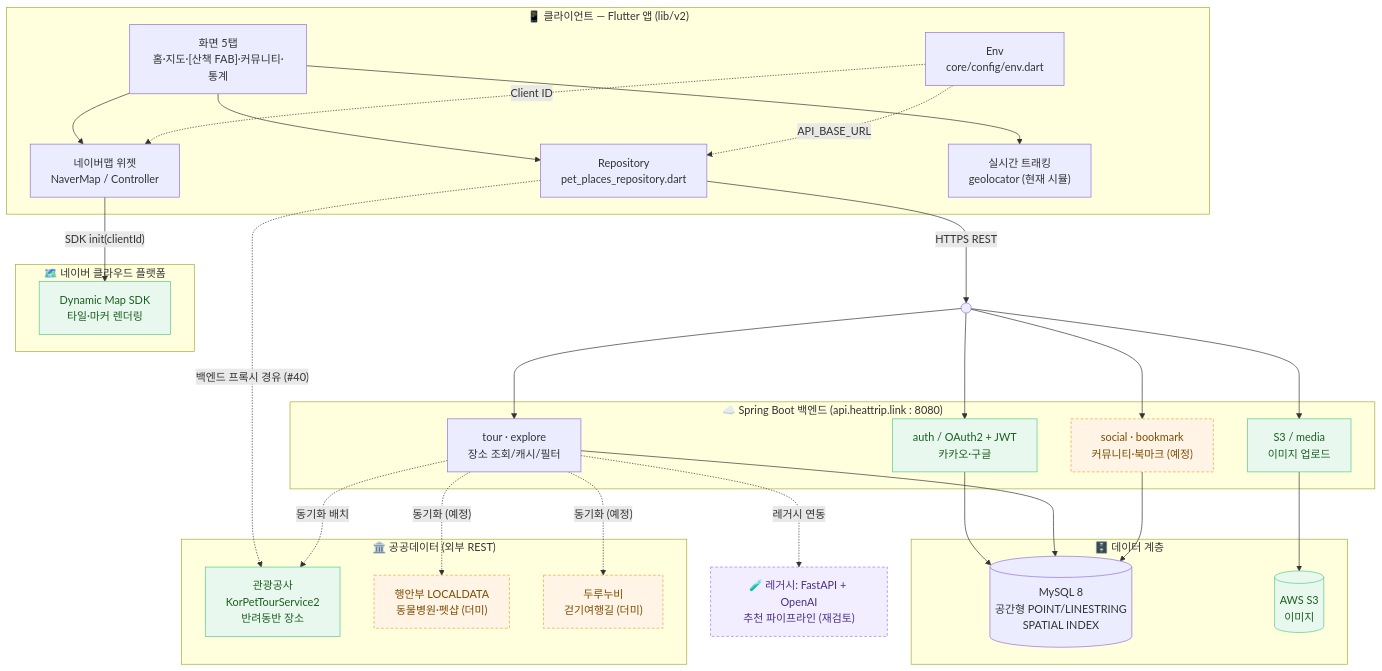
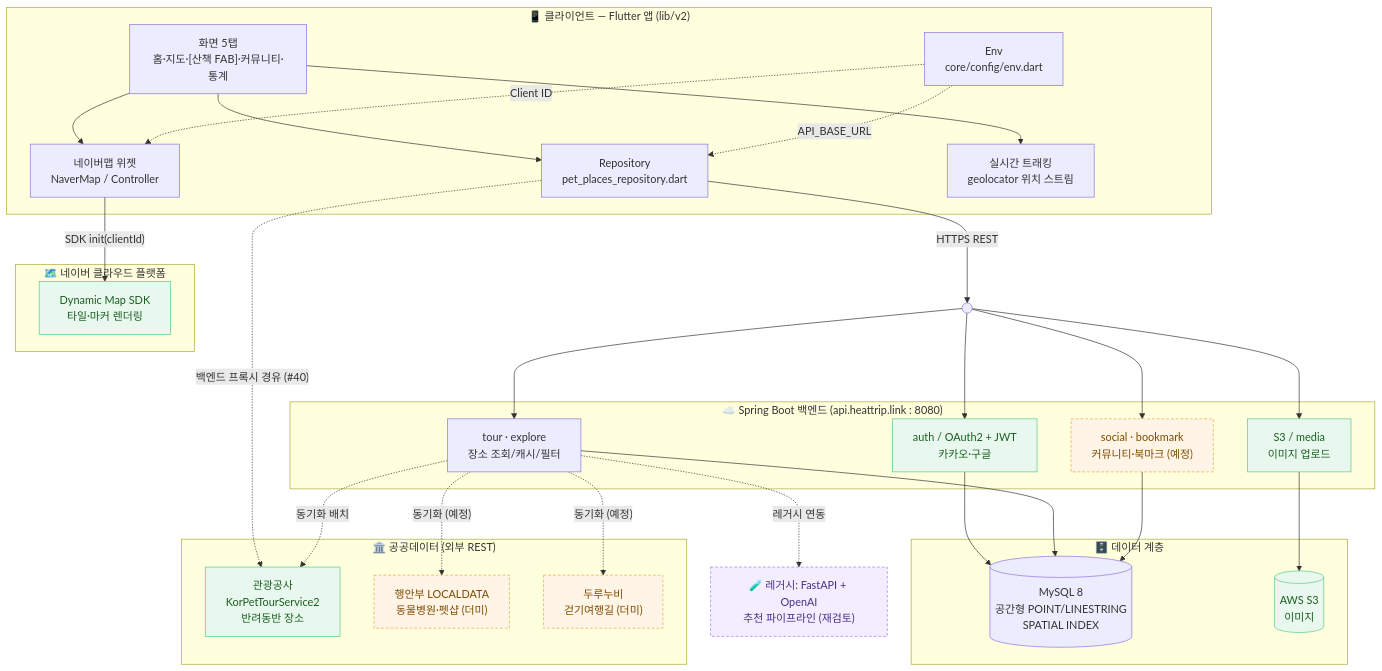
The first of 5 diagrams in docs/02-architecture/system-overview.md (sanghyunbang/pawloop), drawn with Mermaid before and after one commit. The commit also changed other lines of this file and 13 other files, not shown here.

````diff
--- a/docs/02-architecture/system-overview.md
+++ b/docs/02-architecture/system-overview.md
@@ -27,66 +27,66 @@
 ```mermaid
 flowchart TB
     subgraph client["📱 클라이언트 — Flutter 앱 (lib/v2)"]
         UI["화면 5탭<br/>홈·지도·[산책 FAB]·커뮤니티·통계"]
         REPO["Repository<br/>pet_places_repository.dart"]
         MAP["네이버맵 위젯<br/>NaverMap / Controller"]
-        GPS["실시간 트래킹<br/>geolocator (현재 시뮬)"]
+        GPS["실시간 트래킹<br/>geolocator 위치 스트림"]
         ENV["Env<br/>core/config/env.dart"]
     end
 
     subgraph naver["🗺️ 네이버 클라우드 플랫폼"]
         NSDK["Dynamic Map SDK<br/>타일·마커 렌더링"]
     end
 
     subgraph public["🏛️ 공공데이터 (외부 REST)"]
         KTO["관광공사<br/>KorPetTourService2<br/>반려동반 장소"]
         LOCAL["행안부 LOCALDATA<br/>동물병원·펫샵 (더미)"]
         DURU["두루누비<br/>걷기여행길 (더미)"]
     end
 
     subgraph backend["☁️ Spring Boot 백엔드 (api.heattrip.link : 8080)"]
         AUTH["auth / OAuth2 + JWT<br/>카카오·구글"]
         TOUR["tour · explore<br/>장소 조회/캐시/필터"]
         SOCIAL["social · bookmark<br/>커뮤니티·북마크 (예정)"]
         S3SVC["S3 / media<br/>이미지 업로드"]
     end
 
     subgraph data["🗄️ 데이터 계층"]
         MYSQL[("MySQL 8<br/>공간형 POINT/LINESTRING<br/>SPATIAL INDEX")]
         S3[("AWS S3<br/>이미지")]
     end
 
     LEGACY["🧪 레거시: FastAPI + OpenAI<br/>추천 파이프라인 (재검토)"]
 
     UI --> REPO
     UI --> MAP
     UI --> GPS
     REPO -->|"HTTPS REST"| BACKENDGW(( ))
     ENV -. "Client ID" .-> MAP
     ENV -. "API_BASE_URL" .-> REPO
 
     MAP -->|"SDK init(clientId)"| NSDK
     REPO -.->|"백엔드 프록시 경유 (#40)"| KTO
 
     BACKENDGW --> AUTH
     BACKENDGW --> TOUR
     BACKENDGW --> SOCIAL
     BACKENDGW --> S3SVC
 
     AUTH --> MYSQL
     TOUR --> MYSQL
     SOCIAL --> MYSQL
     S3SVC --> S3
 
     TOUR -.->|"동기화 배치"| KTO
     TOUR -.->|"동기화 (예정)"| LOCAL
     TOUR -.->|"동기화 (예정)"| DURU
     TOUR -.->|"레거시 연동"| LEGACY
 
     classDef done fill:#E8F8EE,stroke:#57C98A,color:#1b5e20;
     classDef dummy fill:#FFF4E6,stroke:#EFA13C,color:#7a4b00,stroke-dasharray:4 3;
     classDef legacy fill:#F3EEFF,stroke:#9B7BFF,color:#4a2f8a,stroke-dasharray:4 3;
     class NSDK,KTO,AUTH,S3SVC,S3 done;
     class LOCAL,DURU,SOCIAL dummy;
     class LEGACY legacy;
 ```
````
